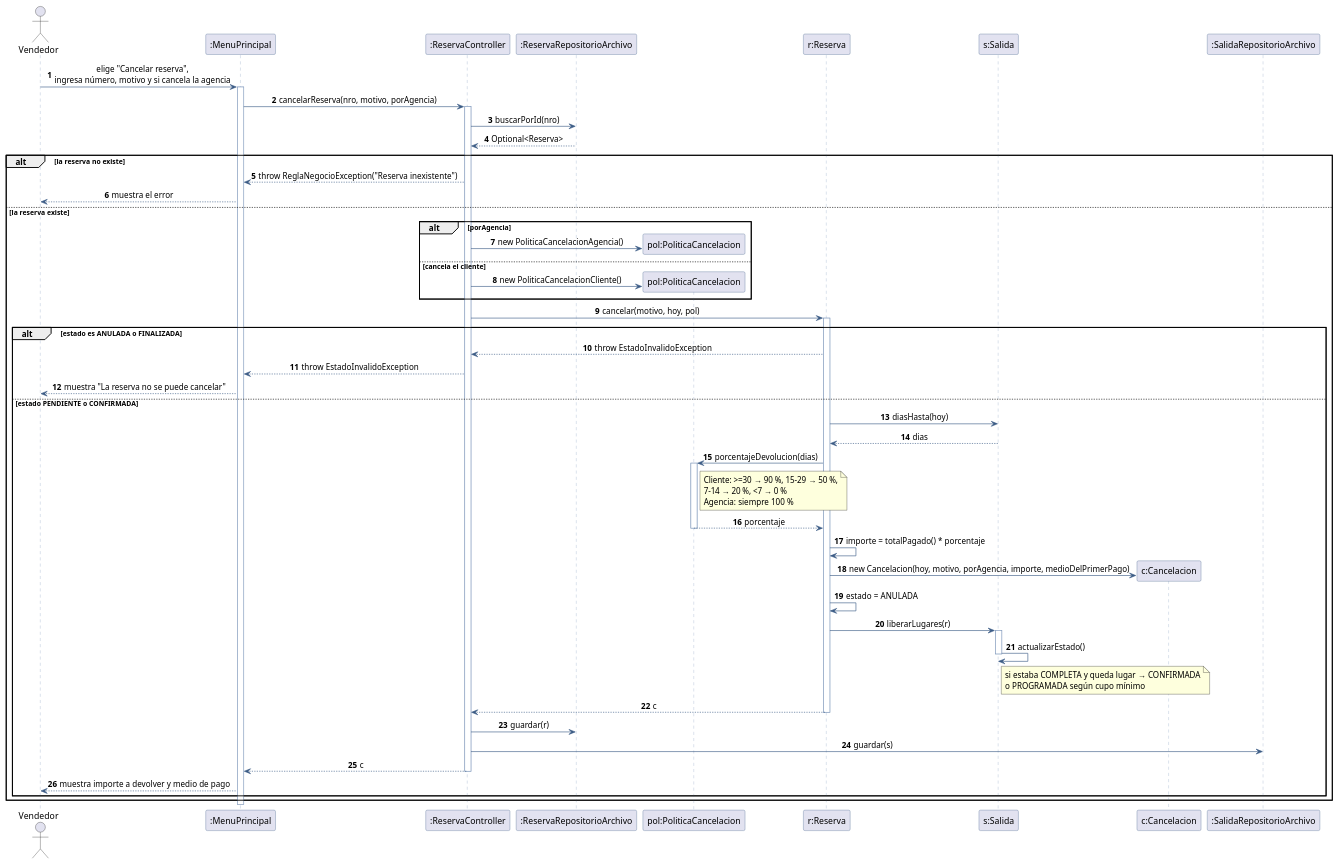
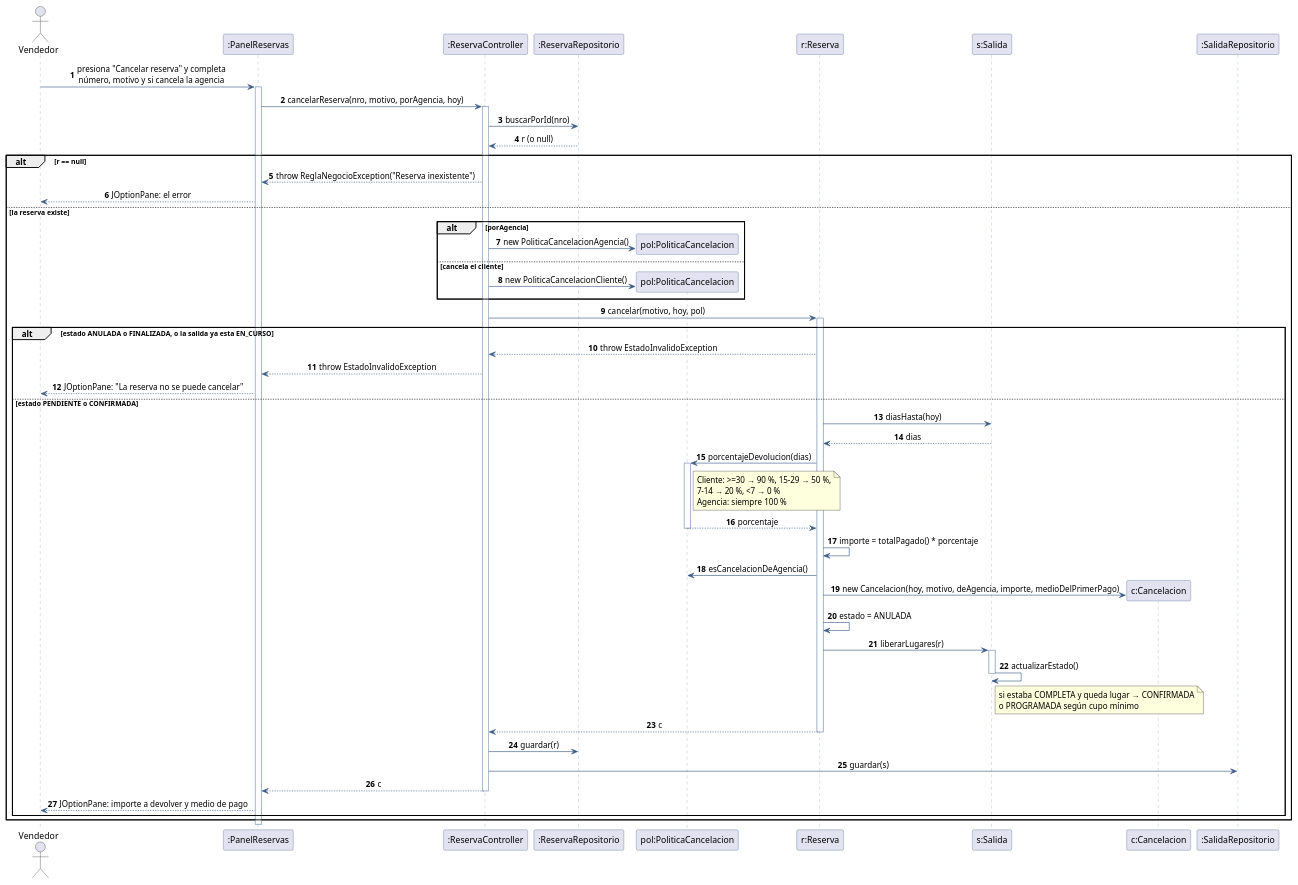
The diagram in docs/uml/secuencia-cancelar-reserva.puml (LucasGI/TPO.POO-), drawn with PlantUML before and after one commit. The commit also changed 10 other files, not shown here.

```diff
--- a/docs/uml/secuencia-cancelar-reserva.puml
+++ b/docs/uml/secuencia-cancelar-reserva.puml
@@ -1,69 +1,70 @@
 @startuml secuencia-cancelar-reserva
 ' TPO POO - Rumbo Sur - CU10 Cancelar reserva
 skinparam shadowing false
 skinparam sequenceMessageAlign center
 skinparam sequence {
   ParticipantBorderColor #3B5B85
   LifeLineBorderColor #8AA1C1
   ArrowColor #3B5B85
 }
 autonumber
 actor Vendedor
-participant ":MenuPrincipal" as UI
+participant ":PanelReservas" as UI
 participant ":ReservaController" as RC
-participant ":ReservaRepositorioArchivo" as RRepo
+participant ":ReservaRepositorio" as RRepo
 participant "pol:PoliticaCancelacion" as POL
 participant "r:Reserva" as R
 participant "s:Salida" as S
 participant "c:Cancelacion" as C
-participant ":SalidaRepositorioArchivo" as SRepo
+participant ":SalidaRepositorio" as SRepo
 
-Vendedor -> UI : elige "Cancelar reserva",\ningresa número, motivo y si cancela la agencia
+Vendedor -> UI : presiona "Cancelar reserva" y completa\nnúmero, motivo y si cancela la agencia
 activate UI
-UI -> RC : cancelarReserva(nro, motivo, porAgencia)
+UI -> RC : cancelarReserva(nro, motivo, porAgencia, hoy)
 activate RC
 RC -> RRepo : buscarPorId(nro)
-RRepo --> RC : Optional<Reserva>
+RRepo --> RC : r (o null)
 
-alt la reserva no existe
+alt r == null
   RC --> UI : throw ReglaNegocioException("Reserva inexistente")
-  UI --> Vendedor : muestra el error
+  UI --> Vendedor : JOptionPane: el error
 else la reserva existe
   alt porAgencia
     RC -> POL ** : new PoliticaCancelacionAgencia()
   else cancela el cliente
     RC -> POL ** : new PoliticaCancelacionCliente()
   end
   RC -> R : cancelar(motivo, hoy, pol)
   activate R
-  alt estado es ANULADA o FINALIZADA
+  alt estado ANULADA o FINALIZADA, o la salida ya esta EN_CURSO
     R --> RC : throw EstadoInvalidoException
     RC --> UI : throw EstadoInvalidoException
-    UI --> Vendedor : muestra "La reserva no se puede cancelar"
+    UI --> Vendedor : JOptionPane: "La reserva no se puede cancelar"
   else estado PENDIENTE o CONFIRMADA
     R -> S : diasHasta(hoy)
     S --> R : dias
     R -> POL : porcentajeDevolucion(dias)
     activate POL
     note right of POL : Cliente: >=30 → 90 %, 15–29 → 50 %,\n7–14 → 20 %, <7 → 0 %\nAgencia: siempre 100 %
     POL --> R : porcentaje
     deactivate POL
     R -> R : importe = totalPagado() * porcentaje
-    R -> C ** : new Cancelacion(hoy, motivo, porAgencia, importe, medioDelPrimerPago)
+    R -> POL : esCancelacionDeAgencia()
+R -> C ** : new Cancelacion(hoy, motivo, deAgencia, importe, medioDelPrimerPago)
     R -> R : estado = ANULADA
     R -> S : liberarLugares(r)
     activate S
     S -> S : actualizarEstado()
     note right of S : si estaba COMPLETA y queda lugar → CONFIRMADA\no PROGRAMADA según cupo mínimo
     deactivate S
     R --> RC : c
     deactivate R
     RC -> RRepo : guardar(r)
     RC -> SRepo : guardar(s)
     RC --> UI : c
     deactivate RC
-    UI --> Vendedor : muestra importe a devolver y medio de pago
+    UI --> Vendedor : JOptionPane: importe a devolver y medio de pago
   end
 end
 deactivate UI
 @enduml
```
